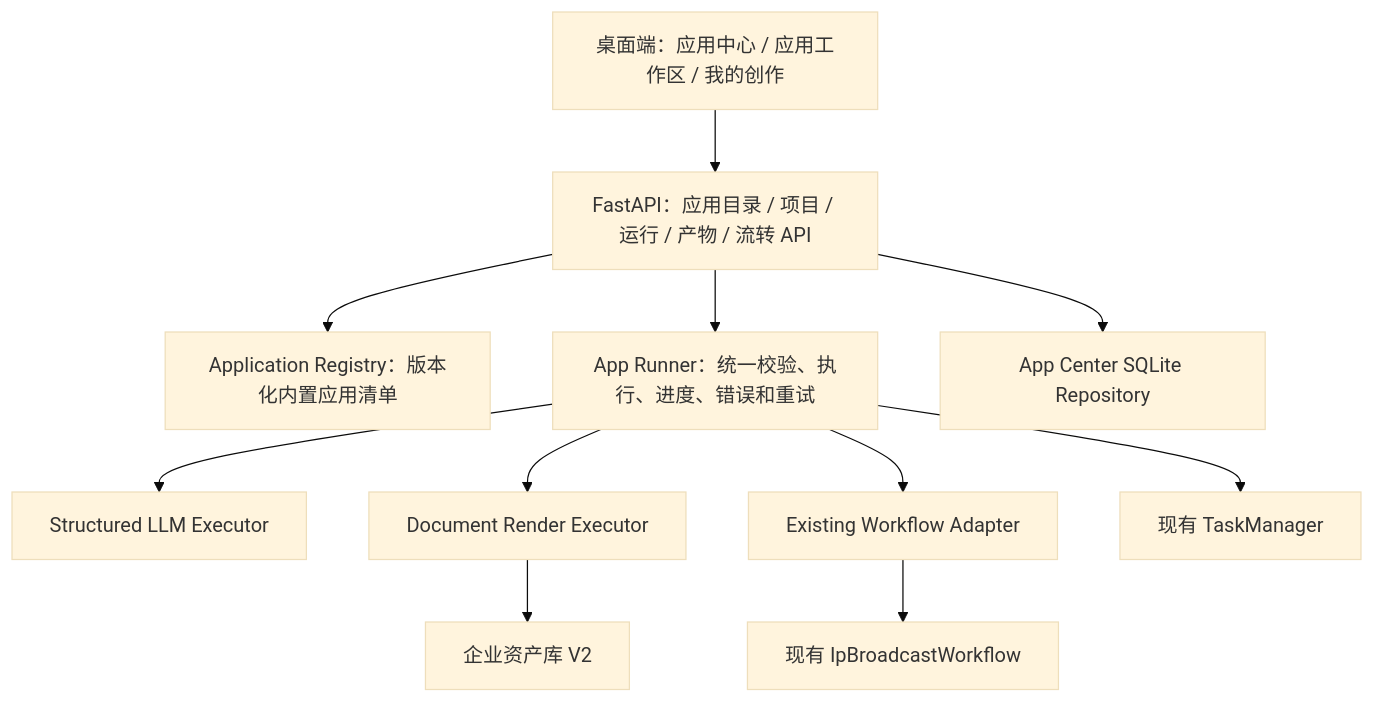
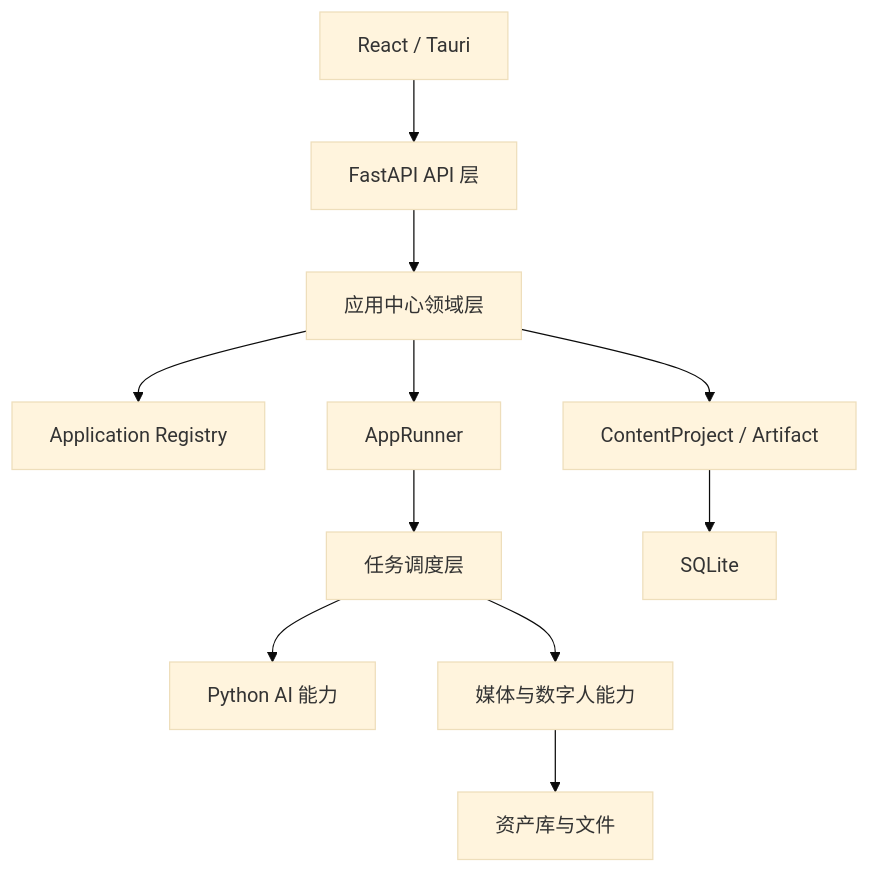
One commit to rankai/Pixelle-Video changed the second of 5 diagrams in docs/superpowers/specs/2026-07-18-application-center-product-architecture-implementation-plan.md. Above: the diagram before and after it, drawn with Mermaid (base theme). The commit also changed other lines of this file and 197 other files, not shown here.

Commit message:
feat: add application center and publish v2 backend

````diff
--- a/docs/superpowers/specs/2026-07-18-application-center-product-architecture-implementation-plan.md
+++ b/docs/superpowers/specs/2026-07-18-application-center-product-architecture-implementation-plan.md
@@ -511,25 +522,25 @@
 ```mermaid
 flowchart TB
-    UI["桌面端：应用中心 / 应用工作区 / 我的创作"]
-    API["FastAPI：应用目录 / 项目 / 运行 / 产物 / 流转 API"]
-    REG["Application Registry：版本化内置应用清单"]
-    RUN["App Runner：统一校验、执行、进度、错误和重试"]
-    EX1["Structured LLM Executor"]
-    EX2["Document Render Executor"]
-    EX3["Existing Workflow Adapter"]
-    TASK["现有 TaskManager"]
-    DATA["App Center SQLite Repository"]
-    ASSET["企业资产库 V2"]
-    IPB["现有 IpBroadcastWorkflow"]
+    UI["React / Tauri"]
+    API["FastAPI API 层"]
+    DOMAIN["应用中心领域层"]
+    REGISTRY["Application Registry"]
+    PROJECT["ContentProject / Artifact"]
+    RUNNER["AppRunner"]
+    QUEUE["任务调度层"]
+    AI["Python AI 能力"]
+    MEDIA["媒体与数字人能力"]
+    DB["SQLite"]
+    ASSET["资产库与文件"]
 
     UI --> API
-    API --> REG
-    API --> RUN
-    RUN --> EX1
-    RUN --> EX2
-    RUN --> EX3
-    RUN --> TASK
-    API --> DATA
-    EX2 --> ASSET
-    EX3 --> IPB
+    API --> DOMAIN
+    DOMAIN --> REGISTRY
+    DOMAIN --> PROJECT
+    DOMAIN --> RUNNER
+    RUNNER --> QUEUE
+    QUEUE --> AI
+    QUEUE --> MEDIA
+    PROJECT --> DB
+    MEDIA --> ASSET
 ```
````
